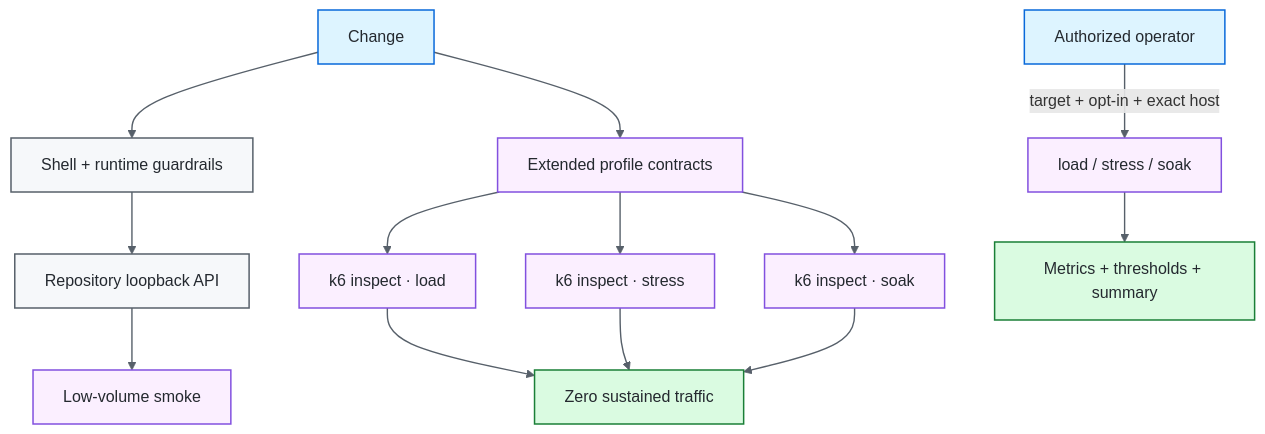
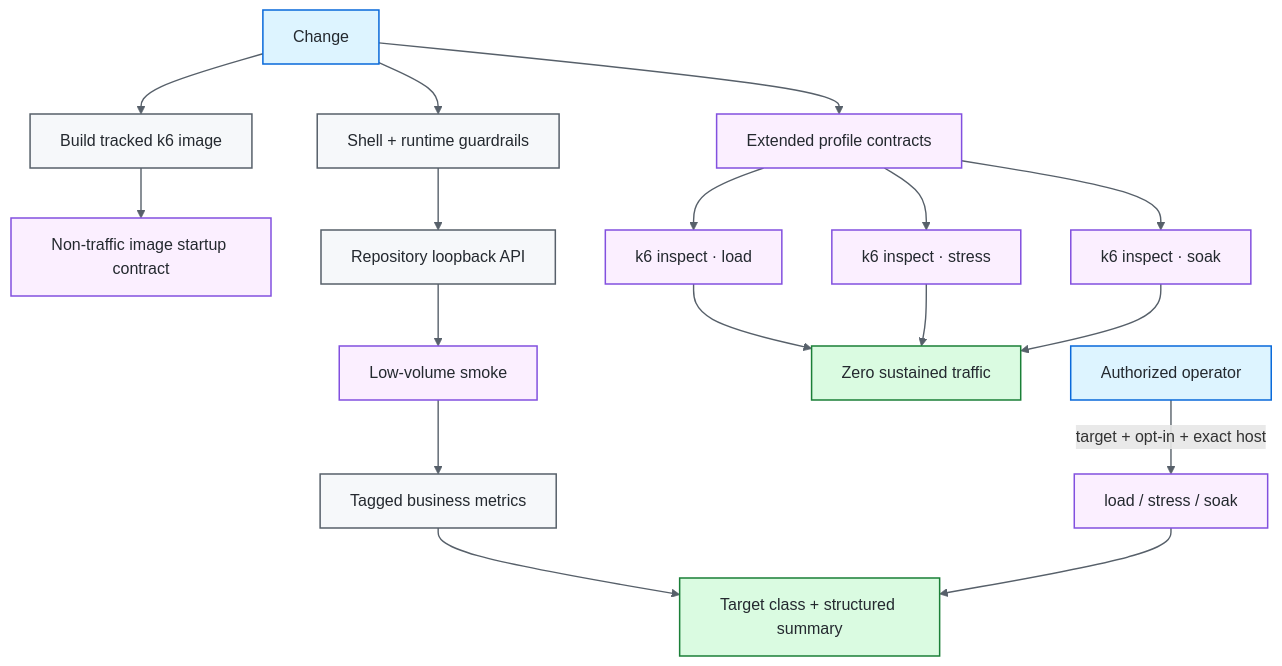
Before and after one commit to portyu9/qa-automation-load-k6: the diagram in README.md, drawn with Mermaid. The commit also changed other lines of this file, not shown here.

Commit message:
docs: synchronize k6 capability and runtime contracts

````diff
--- a/README.md
+++ b/README.md
@@ -39,25 +41,29 @@
 ```mermaid
 flowchart TD
-    CHANGE[Change] --> GUARD[Shell + runtime guardrails]
+    CHANGE[Change] --> BUILD[Build tracked k6 image]
+    BUILD --> SAFE[Non-traffic image startup contract]
+    CHANGE --> GUARD[Shell + runtime guardrails]
     GUARD --> FIX[Repository loopback API]
     FIX --> SMOKE[Low-volume smoke]
+    SMOKE --> BIZ[Tagged business metrics]
+    BIZ --> SUMMARY[Target class + structured summary]
     CHANGE --> EXT[Extended profile contracts]
     EXT --> L[k6 inspect · load]
     EXT --> ST[k6 inspect · stress]
     EXT --> SO[k6 inspect · soak]
     L --> ZERO[Zero sustained traffic]
     ST --> ZERO
     SO --> ZERO
     OP[Authorized operator] -->|target + opt-in + exact host| RUN[load / stress / soak]
-    RUN --> SUMMARY[Metrics + thresholds + summary]
+    RUN --> SUMMARY
 
     classDef entry fill:#ddf4ff,stroke:#0969da,color:#24292f,stroke-width:1.5px;
     classDef core fill:#f6f8fa,stroke:#57606a,color:#24292f,stroke-width:1.5px;
     classDef gate fill:#fbefff,stroke:#8250df,color:#24292f,stroke-width:1.5px;
     classDef evidence fill:#dafbe1,stroke:#1a7f37,color:#24292f,stroke-width:1.5px;
     class CHANGE,OP entry;
-    class GUARD,FIX core;
-    class SMOKE,EXT,L,ST,SO,RUN gate;
+    class BUILD,GUARD,FIX,BIZ core;
+    class SAFE,SMOKE,EXT,L,ST,SO,RUN gate;
     class ZERO,SUMMARY evidence;
     linkStyle default stroke:#57606a,stroke-width:1.4px;
 ```
````
